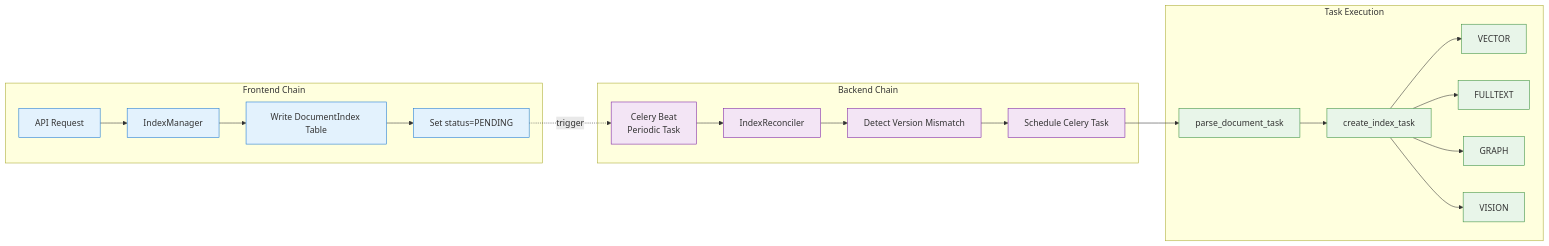
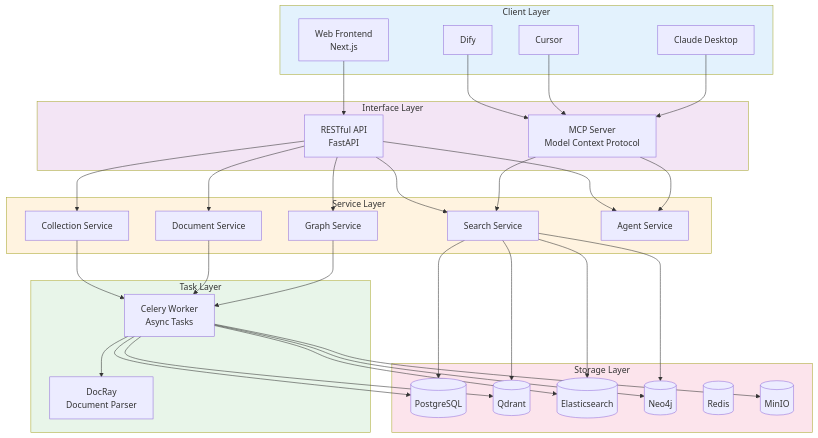
The second of 13 diagrams in docs/en-US/design/architecture.md (ruah0807/ApeRAG), drawn with Mermaid before and after one commit. The commit also changed other lines of this file and 5 other files, not shown here.

Commit message:
feat: update architecture docs (#1431)

````diff
--- a/docs/en-US/design/architecture.md
+++ b/docs/en-US/design/architecture.md
@@ -229,33 +73,72 @@
 ```mermaid
-graph LR
-    subgraph "Frontend Chain"
-        A[API Request] --> B[IndexManager]
-        B --> C[Write DocumentIndex Table]
-        C --> D[Set status=PENDING]
+graph TB
+    subgraph Layer1[Client Layer]
+        Web[Web Frontend<br/>Next.js]
+        Dify[Dify]
+        Cursor[Cursor]
+        Claude[Claude Desktop]
     end
     
-    subgraph "Backend Chain"
-        E[Celery Beat<br/>Periodic Task] --> F[IndexReconciler]
-        F --> G[Detect Version Mismatch]
-        G --> H[Schedule Celery Task]
+    subgraph Layer2[Interface Layer]
+        API[RESTful API<br/>FastAPI]
+        MCP[MCP Server<br/>Model Context Protocol]
     end
     
-    subgraph "Task Execution"
-        H --> I[parse_document_task]
-        I --> J[create_index_task]
-        J --> K1[VECTOR]
-        J --> K2[FULLTEXT]
-        J --> K3[GRAPH]
-        J --> K4[VISION]
+    subgraph Layer3[Service Layer]
+        CollSvc[Collection Service]
+        DocSvc[Document Service]
+        SearchSvc[Search Service]
+        GraphSvc[Graph Service]
+        AgentSvc[Agent Service]
     end
     
-    D -.trigger.-> E
+    subgraph Layer4[Task Layer]
+        Celery[Celery Worker<br/>Async Tasks]
+        DocRay[DocRay<br/>Document Parser]
+    end
     
-    classDef frontend fill:#e3f2fd,stroke:#1976d2
-    classDef backend fill:#f3e5f5,stroke:#7b1fa2
-    classDef task fill:#e8f5e9,stroke:#388e3c
+    subgraph Layer5[Storage Layer]
+        PG[(PostgreSQL)]
+        Qdrant[(Qdrant)]
+        ES[(Elasticsearch)]
+        Neo4j[(Neo4j)]
+        Redis[(Redis)]
+        MinIO[(MinIO)]
+    end
     
-    class A,B,C,D frontend
-    class E,F,G,H backend
-    class I,J,K1,K2,K3,K4 task
+    Web --> API
+    Dify --> MCP
+    Cursor --> MCP
+    Claude --> MCP
+    
+    API --> CollSvc
+    API --> DocSvc
+    API --> SearchSvc
+    API --> GraphSvc
+    API --> AgentSvc
+    
+    MCP --> SearchSvc
+    MCP --> AgentSvc
+    
+    CollSvc --> Celery
+    DocSvc --> Celery
+    GraphSvc --> Celery
+    
+    Celery --> DocRay
+    Celery --> PG
+    Celery --> Qdrant
+    Celery --> ES
+    Celery --> Neo4j
+    Celery --> MinIO
+    
+    SearchSvc --> PG
+    SearchSvc --> Qdrant
+    SearchSvc --> ES
+    SearchSvc --> Neo4j
+    
+    style Layer1 fill:#e3f2fd
+    style Layer2 fill:#f3e5f5
+    style Layer3 fill:#fff3e0
+    style Layer4 fill:#e8f5e9
+    style Layer5 fill:#fce4ec
 ```
````
